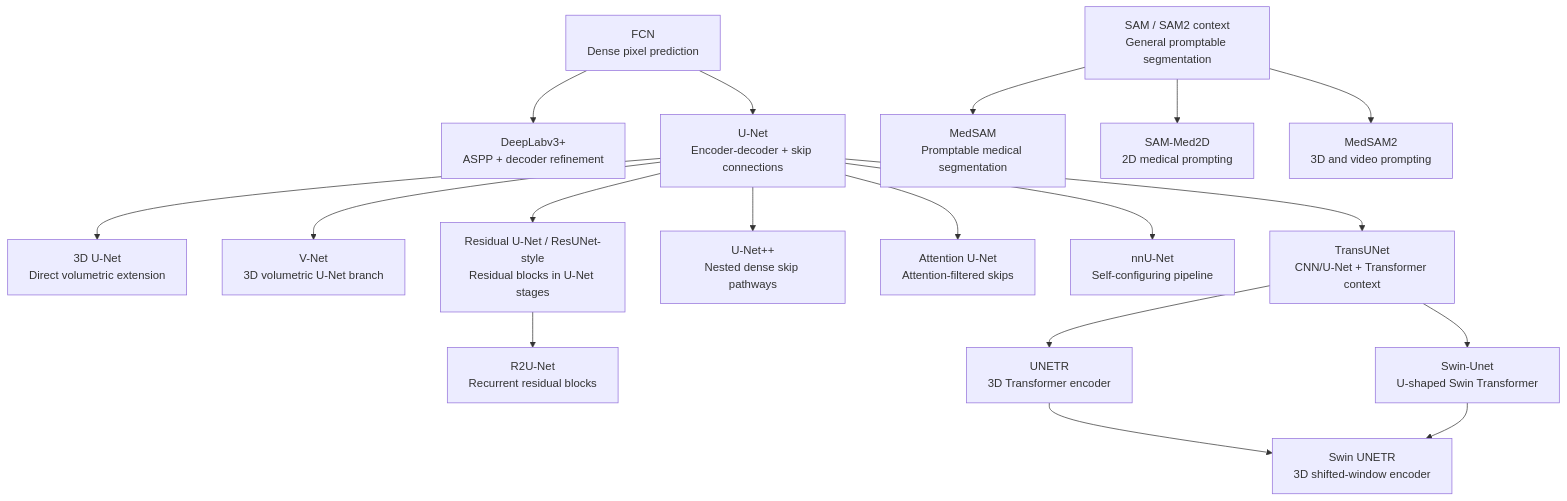
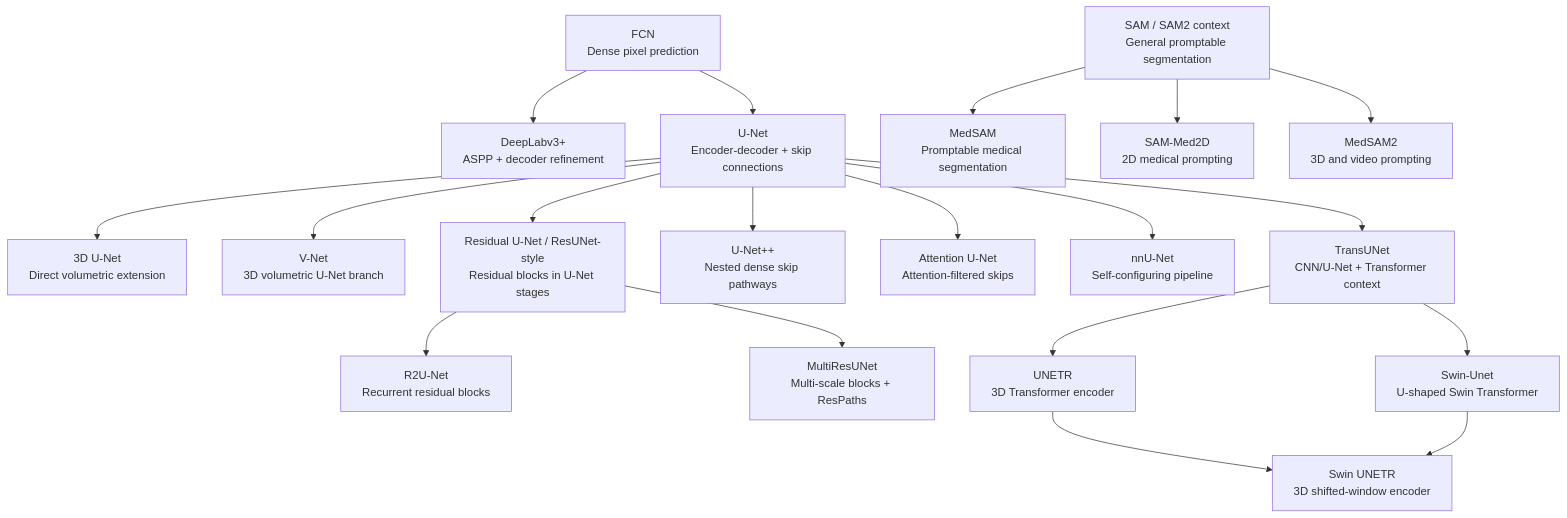
Before and after one commit to LeonSilva15/medical-image-segmentation-architectures: the diagram in docs/evolution/lineage.md, drawn with Mermaid. The commit also changed 8 other files, not shown here.

Commit message:
docs(architectures): add multiresunet reference entry

````diff
--- a/docs/evolution/lineage.md
+++ b/docs/evolution/lineage.md
@@ -7,39 +7,41 @@
 ```mermaid
 graph TD
     FCN["FCN<br/>Dense pixel prediction"]
     DeepLabV3Plus["DeepLabv3+<br/>ASPP + decoder refinement"]
     UNet["U-Net<br/>Encoder-decoder + skip connections"]
     UNet3D["3D U-Net<br/>Direct volumetric extension"]
     VNet["V-Net<br/>3D volumetric U-Net branch"]
     ResUNetStyle["Residual U-Net / ResUNet-style<br/>Residual blocks in U-Net stages"]
     R2UNet["R2U-Net<br/>Recurrent residual blocks"]
+    MultiResUNet["MultiResUNet<br/>Multi-scale blocks + ResPaths"]
     UNetPP["U-Net++<br/>Nested dense skip pathways"]
     AttUNet["Attention U-Net<br/>Attention-filtered skips"]
     nnUNet["nnU-Net<br/>Self-configuring pipeline"]
     TransUNet["TransUNet<br/>CNN/U-Net + Transformer context"]
     SwinUnet["Swin-Unet<br/>U-shaped Swin Transformer"]
     UNETR["UNETR<br/>3D Transformer encoder"]
     SwinUNETR["Swin UNETR<br/>3D shifted-window encoder"]
     SAMRoot["SAM / SAM2 context<br/>General promptable segmentation"]
     MedSAM["MedSAM<br/>Promptable medical segmentation"]
     SAMMed2D["SAM-Med2D<br/>2D medical prompting"]
     MedSAM2["MedSAM2<br/>3D and video prompting"]
 
     FCN --> UNet
     FCN --> DeepLabV3Plus
     UNet --> UNet3D
     UNet --> VNet
     UNet --> ResUNetStyle
     UNet --> UNetPP
     UNet --> AttUNet
     UNet --> nnUNet
     UNet --> TransUNet
     ResUNetStyle --> R2UNet
+    ResUNetStyle --> MultiResUNet
     TransUNet --> SwinUnet
     TransUNet --> UNETR
     UNETR --> SwinUNETR
     SwinUnet --> SwinUNETR
     SAMRoot --> MedSAM
     SAMRoot --> SAMMed2D
     SAMRoot --> MedSAM2
 ```
````
